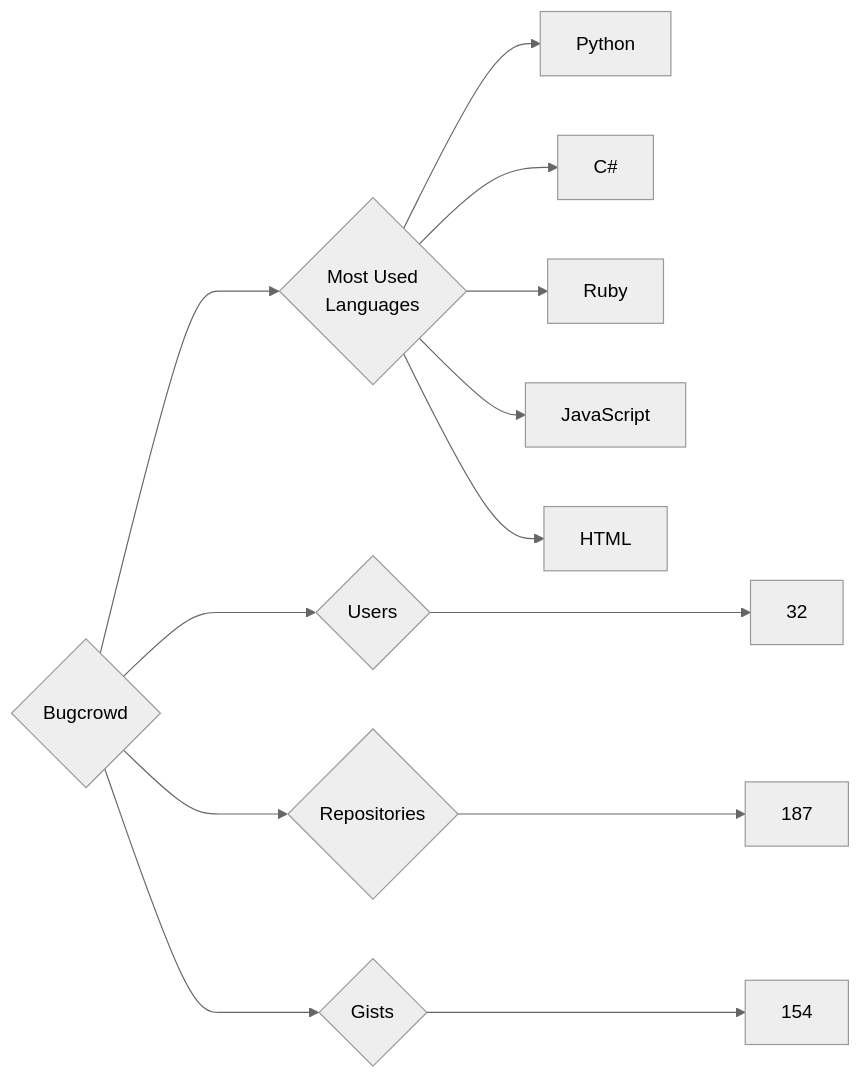
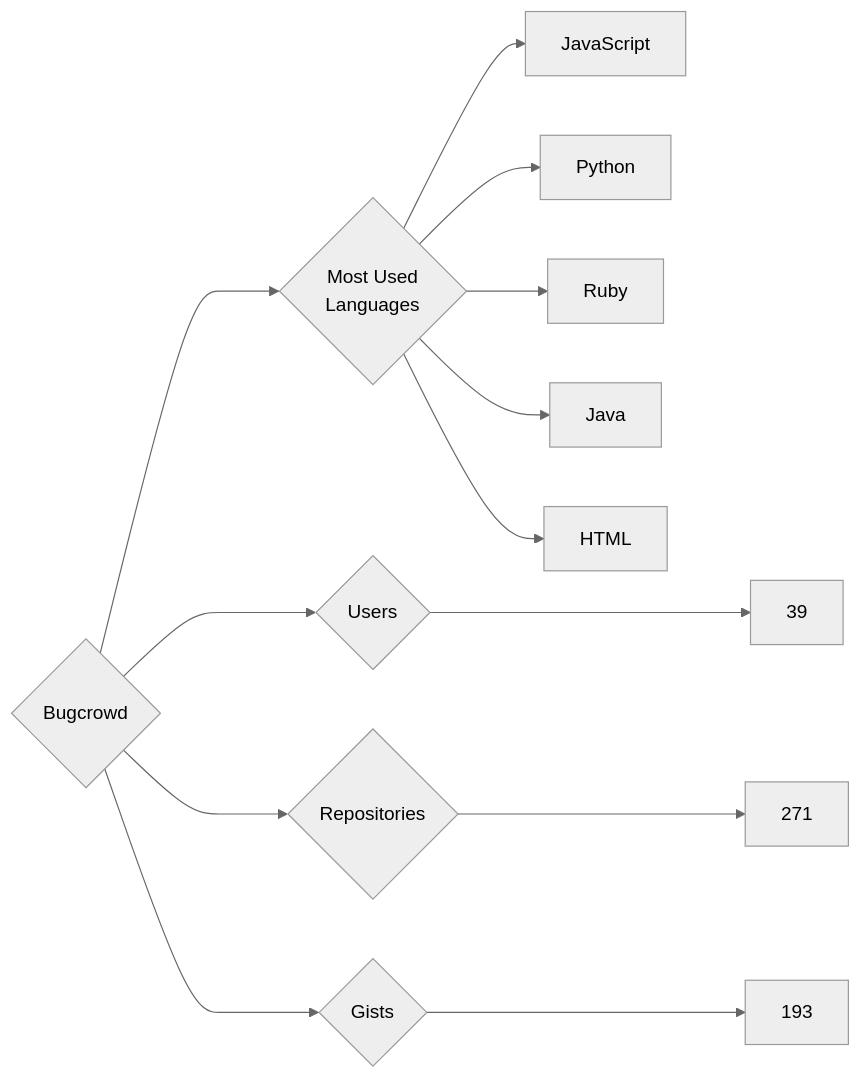
One commit to trickest/insiders changed the diagram in targets/Bugcrowd/README.md. Above: the diagram before and after it, drawn with Mermaid (neutral theme). The commit also changed 814 other files, not shown here.

````diff
--- a/targets/Bugcrowd/README.md
+++ b/targets/Bugcrowd/README.md
@@ -3,13 +3,13 @@
 ```mermaid
 graph LR
 COMPANY_NAME{Bugcrowd}
-COMPANY_NAME ---> U{Users} ---> UN[32]
-COMPANY_NAME ---> R{Repositories} ---> RN[187]
-COMPANY_NAME ---> G{Gists} ---> GN[154]
+COMPANY_NAME ---> U{Users} ---> UN[39]
+COMPANY_NAME ---> R{Repositories} ---> RN[271]
+COMPANY_NAME ---> G{Gists} ---> GN[193]
 COMPANY_NAME ---> ML{Most Used<br>Languages}
+ML --> JavaScript[JavaScript]
 ML --> Python[Python]
-ML --> C#[C#]
 ML --> Ruby[Ruby]
-ML --> JavaScript[JavaScript]
+ML --> Java[Java]
 ML --> HTML[HTML]
 ```
````
